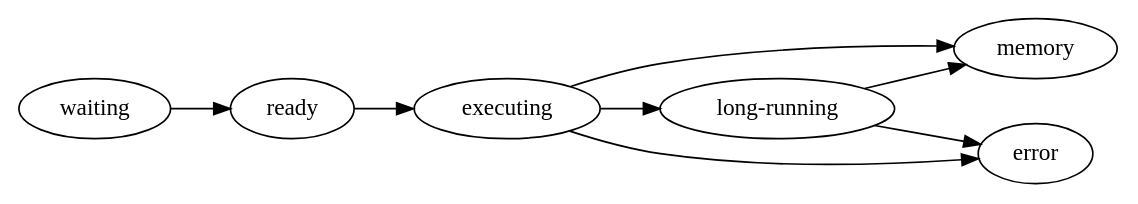
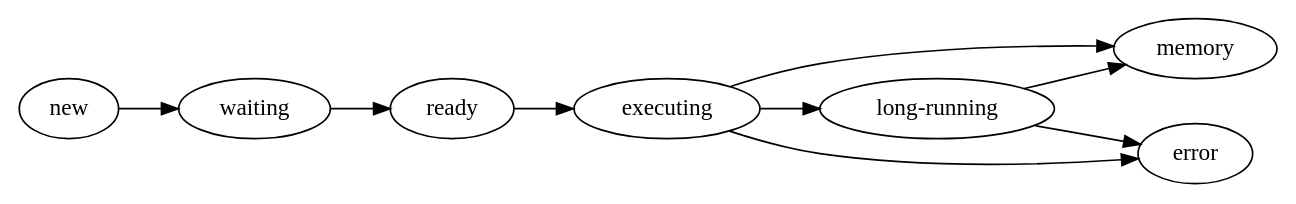
Before and after one commit to dask/distributed: the diagram in docs/source/images/worker-task-state.dot, drawn with Graphviz. The commit also changed 4 other files, not shown here.

```diff
--- a/docs/source/images/worker-task-state.dot
+++ b/docs/source/images/worker-task-state.dot
@@ -1,13 +1,14 @@
 digraph{
     graph [
         bgcolor="#FFFFFFF00",
         rankdir=LR,
         ];
+    new -> waiting;
     waiting -> ready;
     ready -> executing;
     executing -> "long-running";
     executing -> memory;
     executing -> error;
     "long-running" -> memory;
     "long-running" -> error;
 }
```
